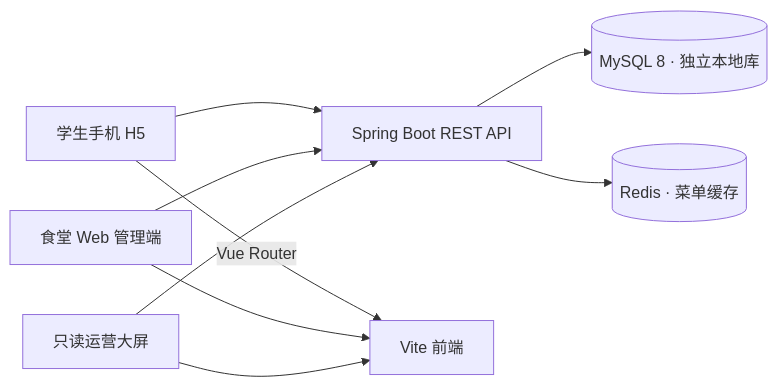
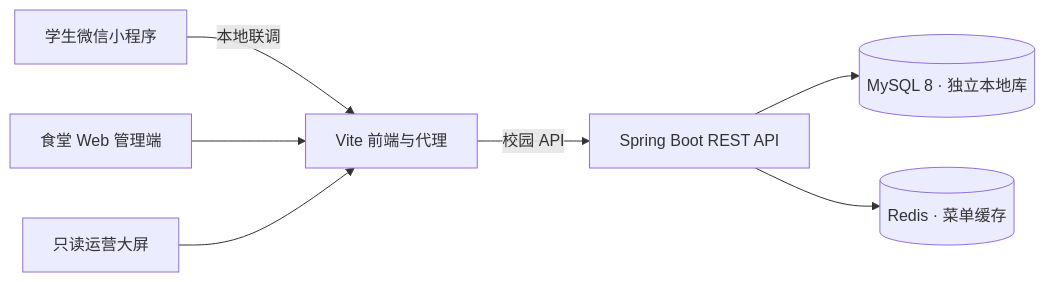
The diagram in docs/系统设计说明.md (YiMingGao688/fandian-canteen), drawn with Mermaid before and after one commit. The commit also changed other lines of this file and 325 other files, not shown here.

Commit message:
feat: complete canteen mini program and admin upgrades

````diff
--- a/docs/系统设计说明.md
+++ b/docs/系统设计说明.md
@@ -5,11 +7,9 @@
 ```mermaid
 flowchart LR
-  H5[学生手机 H5] --> API[Spring Boot REST API]
-  ADMIN[食堂 Web 管理端] --> API
-  SCREEN[只读运营大屏] --> API
+  MINI[学生微信小程序] -->|本地联调| VITE[Vite 前端与代理]
+  ADMIN[食堂 Web 管理端] --> VITE
+  SCREEN[只读运营大屏] --> VITE
+  VITE -->|校园 API| API[Spring Boot REST API]
   API --> MYSQL[(MySQL 8 · 独立本地库)]
   API --> REDIS[(Redis · 菜单缓存)]
-  H5 -->|Vue Router| VITE[Vite 前端]
-  ADMIN --> VITE
-  SCREEN --> VITE
 ```
````
